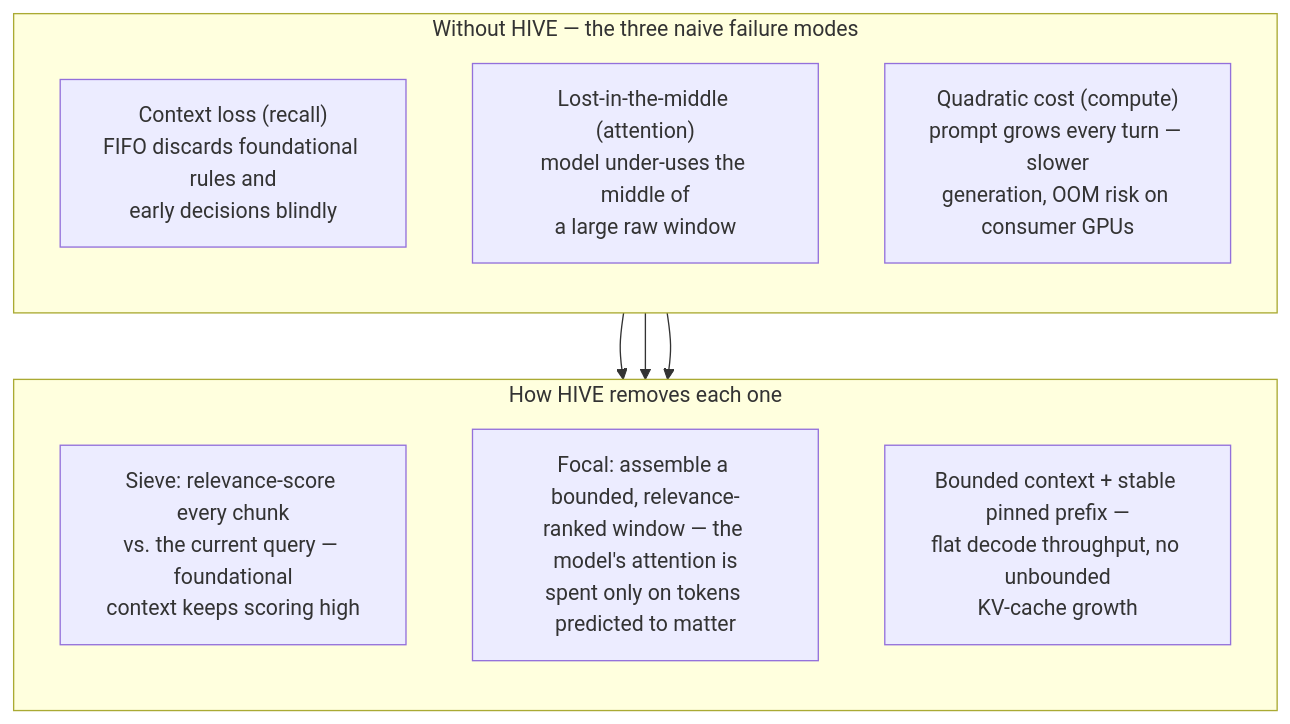
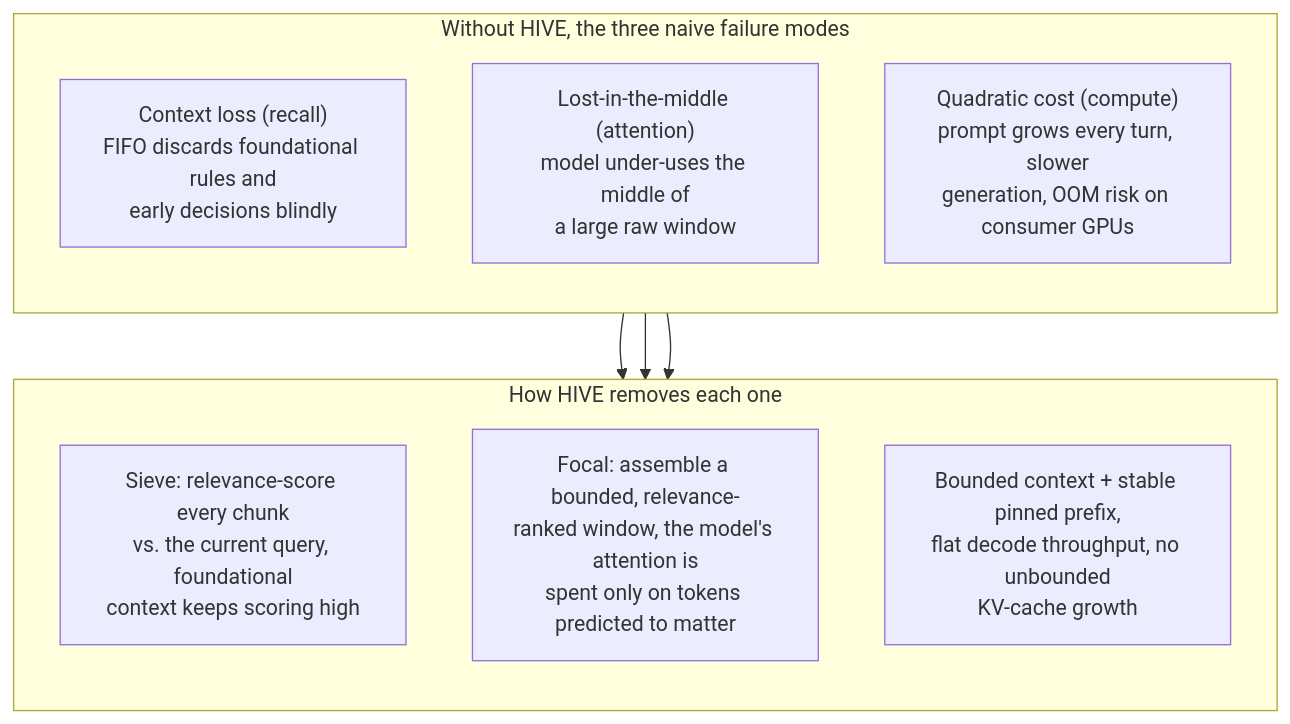
Before and after one commit to sky-is-green/hive-memory: the second of 11 diagrams in HIVE-DIAGRAMS.md, drawn with Mermaid. The commit also changed other lines of this file and 3 other files, not shown here.

````diff
--- a/HIVE-DIAGRAMS.md
+++ b/HIVE-DIAGRAMS.md
@@ -41,20 +40,20 @@
 ```mermaid
 flowchart TB
-    subgraph FAIL["Without HIVE — the three naive failure modes"]
+    subgraph FAIL["Without HIVE, the three naive failure modes"]
         direction TB
         F1["Context loss (recall)<br/>FIFO discards foundational rules and<br/>early decisions blindly"]
         F2["Lost-in-the-middle (attention)<br/>model under-uses the middle of<br/>a large raw window"]
-        F3["Quadratic cost (compute)<br/>prompt grows every turn — slower<br/>generation, OOM risk on consumer GPUs"]
+        F3["Quadratic cost (compute)<br/>prompt grows every turn, slower<br/>generation, OOM risk on consumer GPUs"]
     end
 
     subgraph FIX["How HIVE removes each one"]
         direction TB
-        M1["Sieve: relevance-score every chunk<br/>vs. the current query — foundational<br/>context keeps scoring high"]
-        M2["Focal: assemble a bounded, relevance-<br/>ranked window — the model's attention is<br/>spent only on tokens predicted to matter"]
-        M3["Bounded context + stable pinned prefix —<br/>flat decode throughput, no unbounded<br/>KV-cache growth"]
+        M1["Sieve: relevance-score every chunk<br/>vs. the current query, foundational<br/>context keeps scoring high"]
+        M2["Focal: assemble a bounded, relevance-<br/>ranked window, the model's attention is<br/>spent only on tokens predicted to matter"]
+        M3["Bounded context + stable pinned prefix,<br/>flat decode throughput, no unbounded<br/>KV-cache growth"]
     end
 
     F1 --> M1
     F2 --> M2
     F3 --> M3
 ```
````
